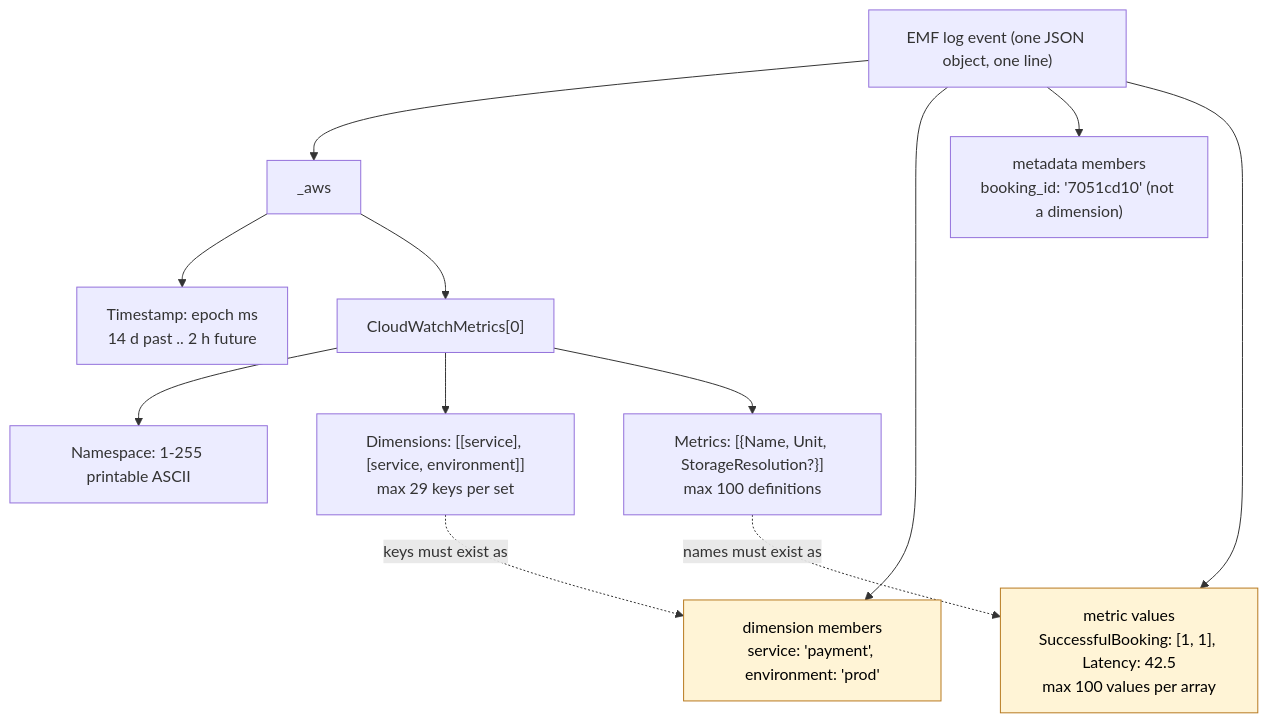
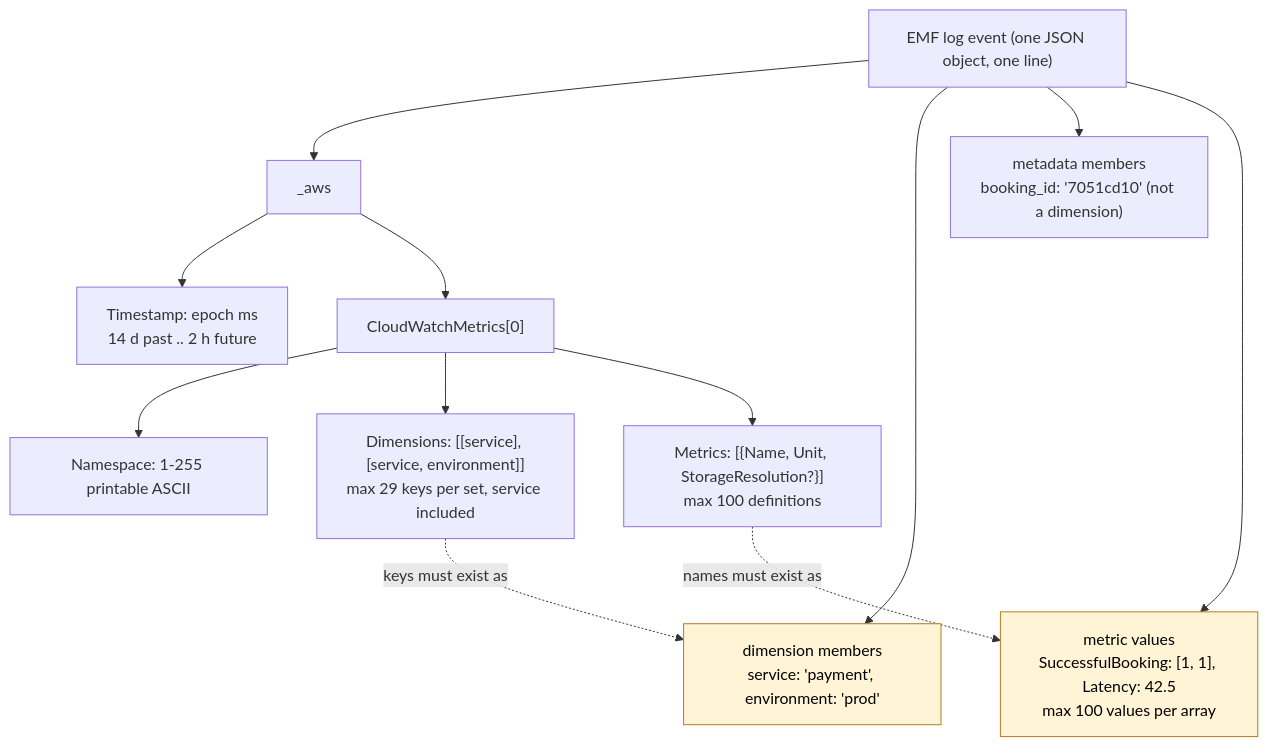
The first of 2 diagrams in 03-metrics.md (christiangda/powertools-lambda-go-plan), drawn with Mermaid before and after one commit. The commit also changed other lines of this file and 11 other files, not shown here.

````diff
--- a/03-metrics.md
+++ b/03-metrics.md
@@ -32,17 +42,17 @@
 ```mermaid
 flowchart TB
   root["EMF log event (one JSON object, one line)"]
   root --> aws["_aws"]
   aws --> ts["Timestamp: epoch ms<br/>14 d past .. 2 h future"]
   aws --> cwm["CloudWatchMetrics[0]"]
   cwm --> ns["Namespace: 1-255 printable ASCII"]
-  cwm --> dims["Dimensions: [[service], [service, environment]]<br/>max 29 keys per set"]
+  cwm --> dims["Dimensions: [[service], [service, environment]]<br/>max 29 keys per set, service included"]
   cwm --> defs["Metrics: [{Name, Unit, StorageResolution?}]<br/>max 100 definitions"]
   root --> dv["dimension members<br/>service: 'payment', environment: 'prod'"]
   root --> md["metadata members<br/>booking_id: '7051cd10' (not a dimension)"]
   root --> mv["metric values<br/>SuccessfulBooking: [1, 1], Latency: 42.5<br/>max 100 values per array"]
   dims -. keys must exist as .-> dv
   defs -. names must exist as .-> mv
   classDef ref fill:#fff4d6,stroke:#b7791f,color:#000;
   class dv,mv ref;
 ```
````
